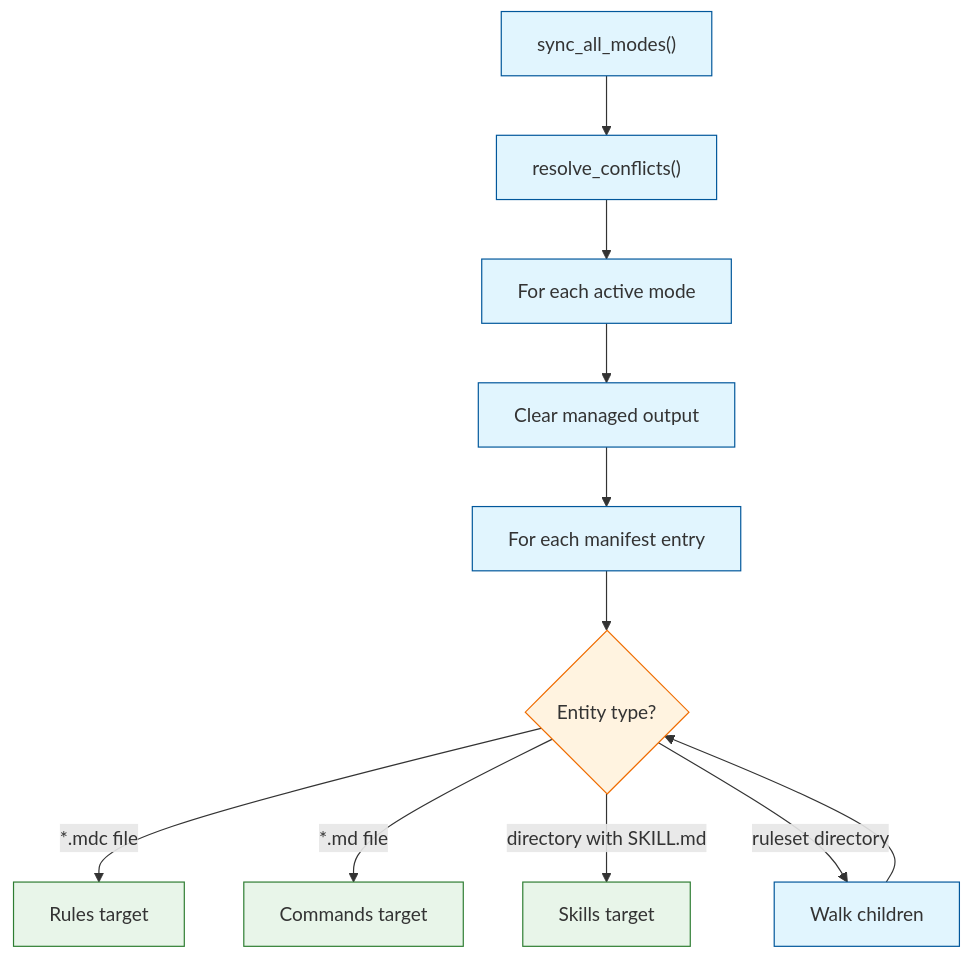
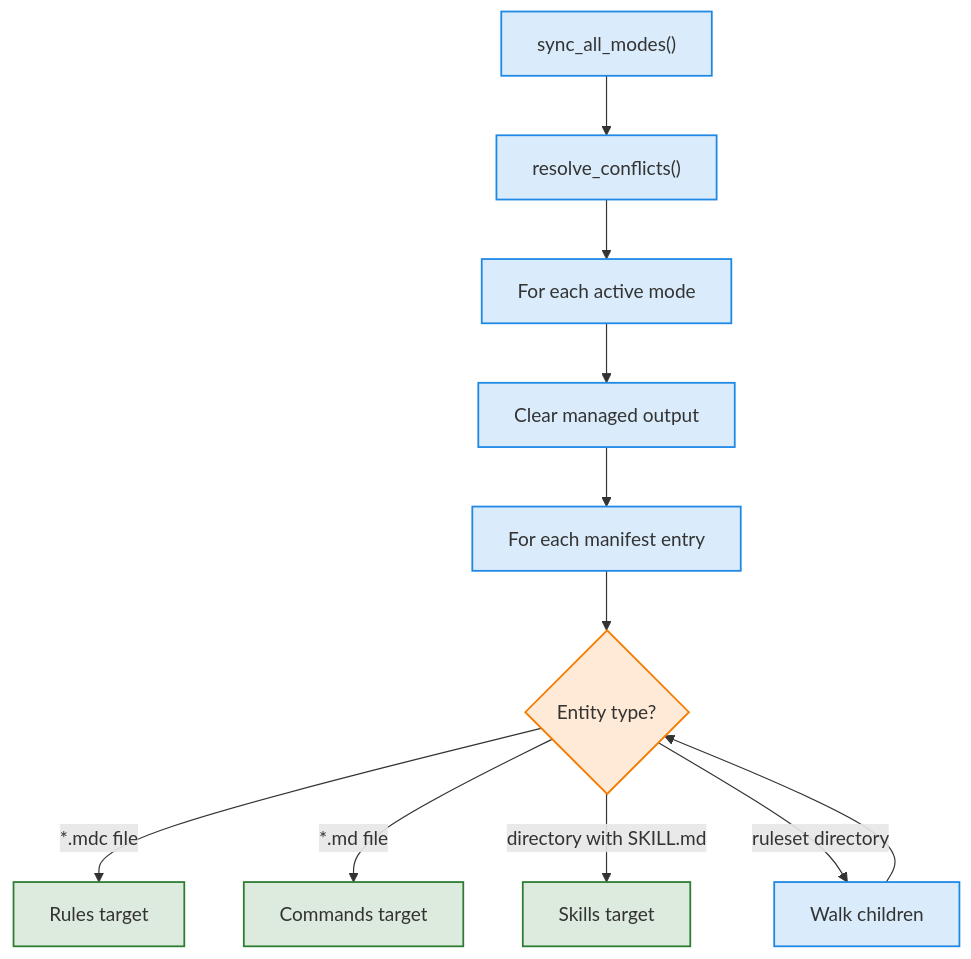
The third of 3 diagrams in docs/developer-guide/architecture.md (Texarkanine/ai-rizz), drawn with Mermaid before and after one commit. The commit also changed other lines of this file and 6 other files, not shown here.

````diff
--- a/docs/developer-guide/architecture.md
+++ b/docs/developer-guide/architecture.md
@@ -65,19 +65,19 @@
 ```mermaid
 graph TD
-    classDef action fill:#e1f5fe,stroke:#01579b;
-    classDef decision fill:#fff3e0,stroke:#ef6c00;
-    classDef output fill:#e8f5e9,stroke:#2e7d32;
+    classDef action fill:#1e88e5,fill-opacity:0.16,stroke:#1e88e5,stroke-width:1.5px;
+    classDef decision fill:#f57c00,fill-opacity:0.16,stroke:#f57c00,stroke-width:1.5px;
+    classDef output fill:#2e7d32,fill-opacity:0.16,stroke:#2e7d32,stroke-width:1.5px;
 
     Start["sync_all_modes()"]:::action --> Conflicts["resolve_conflicts()"]:::action
     Conflicts --> Mode["For each active mode"]:::action
     Mode --> Clear["Clear managed output"]:::action
     Clear --> Entry["For each manifest entry"]:::action
     Entry --> Kind{"Entity type?"}:::decision
 
     Kind -->|"*.mdc file"| Rule["Rules target"]:::output
     Kind -->|"*.md file"| Command["Commands target"]:::output
     Kind -->|"directory with SKILL.md"| Skill["Skills target"]:::output
     Kind -->|"ruleset directory"| Ruleset["Walk children"]:::action
 
     Ruleset --> Kind
 ```
````
